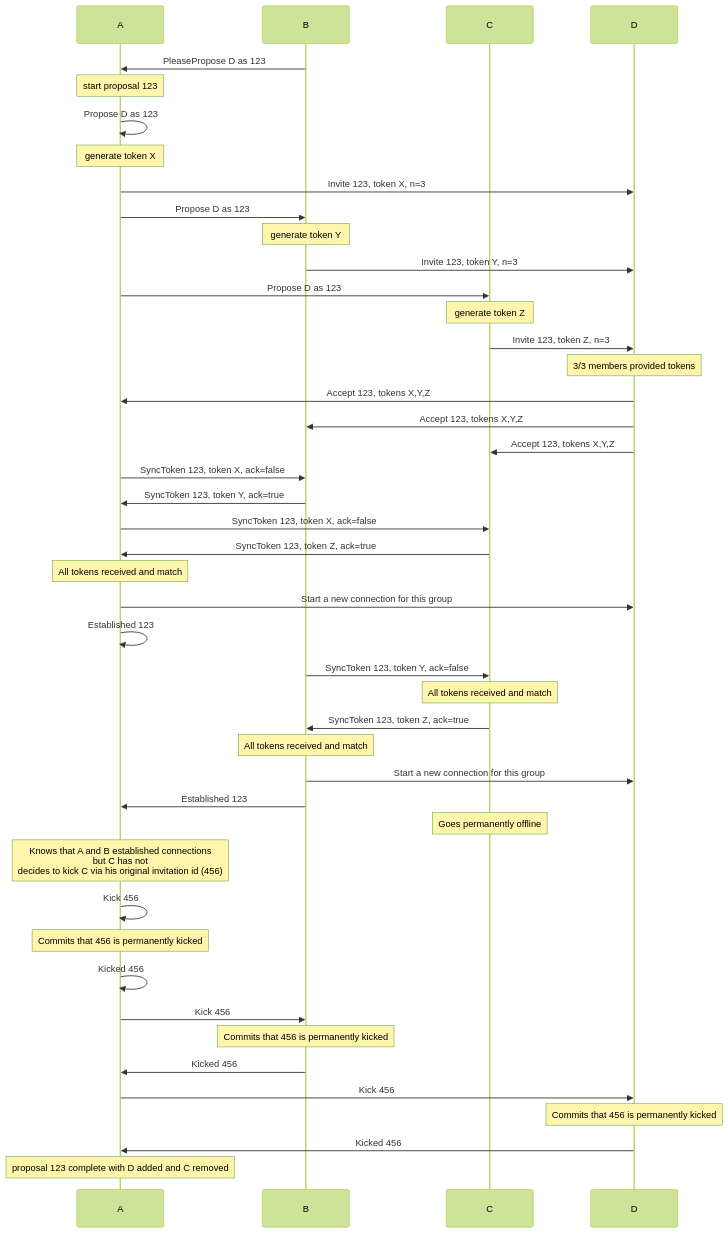
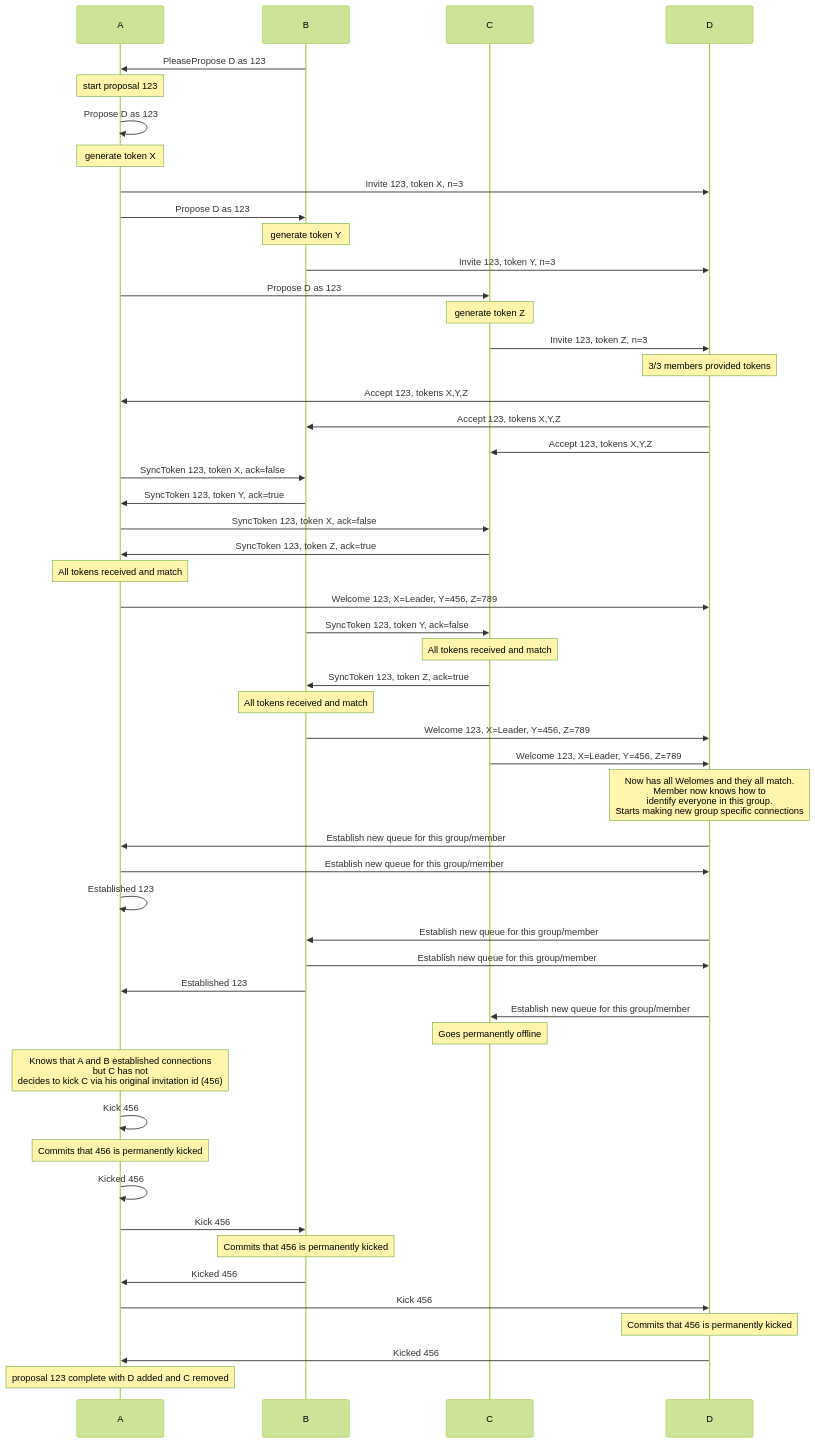
Before and after one commit to simplex-chat/simplexmq: the fifth of 5 diagrams in rfcs/2022-06-11-private-groups.md, drawn with Mermaid (forest theme). The commit also changed other lines of this file, not shown here.

Commit message:
Model the Welcome message in sequence diagrams.

````diff
--- a/rfcs/2022-06-11-private-groups.md
+++ b/rfcs/2022-06-11-private-groups.md
@@ -457,47 +464,54 @@
 ```mermaid
 sequenceDiagram
     participant A
     participant B
     participant C
     participant D
     B->>A: PleasePropose D as 123
     note over A: start proposal 123
     A->>A: Propose D as 123
     note over A: generate token X
     A->>D: Invite 123, token X, n=3
     A->>B: Propose D as 123
     note over B: generate token Y
     B->>D: Invite 123, token Y, n=3
     A->>C: Propose D as 123
     note over C: generate token Z
     C->>D: Invite 123, token Z, n=3
     note over D: 3/3 members provided tokens
     D->>A: Accept 123, tokens X,Y,Z
     D->>B: Accept 123, tokens X,Y,Z
     D->>C: Accept 123, tokens X,Y,Z
     A->>B: SyncToken 123, token X, ack=false
     B->>A: SyncToken 123, token Y, ack=true
     A->>C: SyncToken 123, token X, ack=false
     C->>A: SyncToken 123, token Z, ack=true
     note over A: All tokens received and match
-    A->>D: Start a new connection for this group
-    A->>A: Established 123
+    A->>D: Welcome 123, X=Leader, Y=456, Z=789
     B->>C: SyncToken 123, token Y, ack=false
     note over C: All tokens received and match
     C->>B: SyncToken 123, token Z, ack=true
     note over B: All tokens received and match
-    B->>D: Start a new connection for this group
+    B->>D: Welcome 123, X=Leader, Y=456, Z=789
+    C->>D: Welcome 123, X=Leader, Y=456, Z=789
+    note over D: Now has all Welomes and they all match.<br>Member now knows how to<br>identify everyone in this group.<br>Starts making new group specific connections
+    D->>A: Establish new queue for this group/member
+    A->>D: Establish new queue for this group/member
+    A->>A: Established 123
+    D->>B: Establish new queue for this group/member
+    B->>D: Establish new queue for this group/member
     B->>A: Established 123
+    D->>C: Establish new queue for this group/member
     note over C: Goes permanently offline
     note over A: Knows that A and B established connections<br>but C has not<br>decides to kick C via his original invitation id (456)
     A->>A: Kick 456
     note over A: Commits that 456 is permanently kicked
     A->>A: Kicked 456
     A->>B: Kick 456
     note over B: Commits that 456 is permanently kicked
     B->>A: Kicked 456
     A->>D: Kick 456
     note over D: Commits that 456 is permanently kicked
     D->>A: Kicked 456
     note over A: proposal 123 complete with D added and C removed
 ```
````
